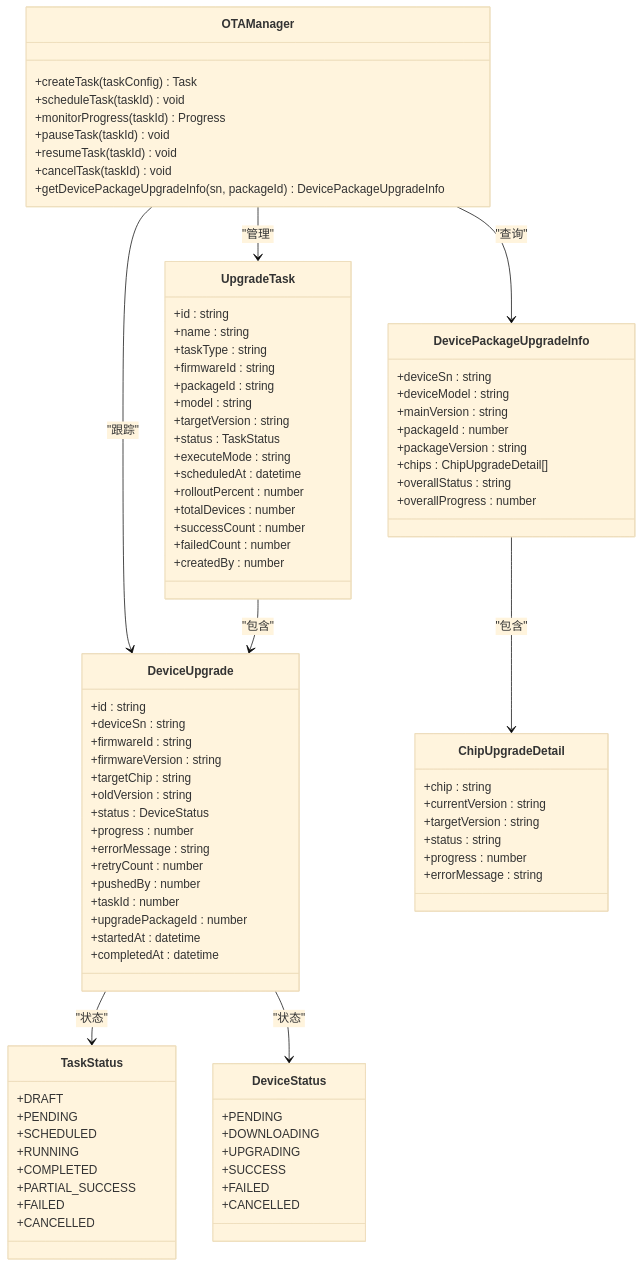
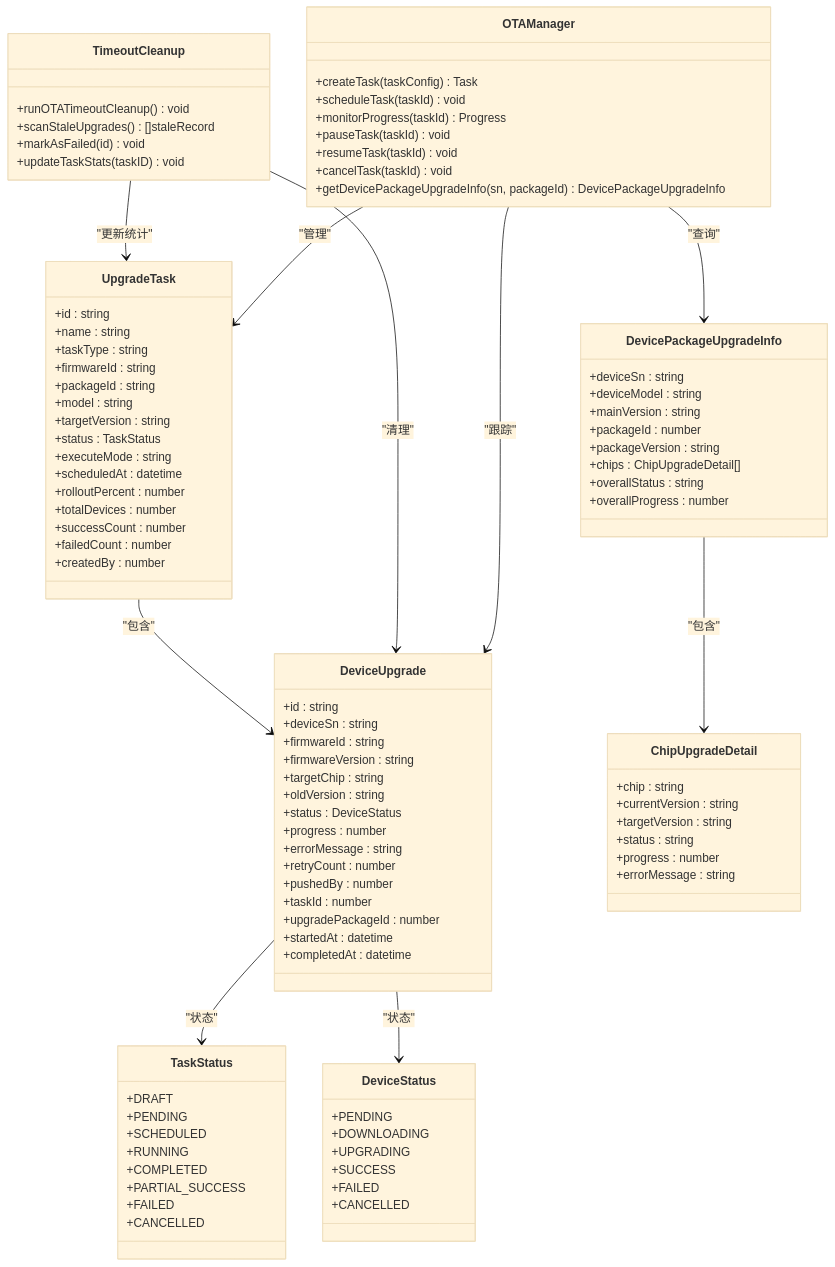
Before and after one commit to mcmrzy/cs_inv_monitor-develop: the second of 22 diagrams in .qoder/repowiki/zh/content/OTA升级系统/OTA任务调度/OTA任务调度.md, drawn with Mermaid (base theme). The commit also changed other lines of this file and 28 other files, not shown here.

```diff
--- a/.qoder/repowiki/zh/content/OTA升级系统/OTA任务调度/OTA任务调度.md
+++ b/.qoder/repowiki/zh/content/OTA升级系统/OTA任务调度/OTA任务调度.md
@@ -108,6 +122,12 @@
 +resumeTask(taskId) void
 +cancelTask(taskId) void
 +getDevicePackageUpgradeInfo(sn, packageId) DevicePackageUpgradeInfo
+}
+class TimeoutCleanup {
++runOTATimeoutCleanup() void
++scanStaleUpgrades() []staleRecord
++markAsFailed(id) void
++updateTaskStats(taskID) void
 }
 class UpgradeTask {
 +id : string
@@ -181,6 +201,8 @@
 }
 OTAManager --> UpgradeTask : "管理"
 OTAManager --> DeviceUpgrade : "跟踪"
+TimeoutCleanup --> DeviceUpgrade : "清理"
+TimeoutCleanup --> UpgradeTask : "更新统计"
 OTAManager --> DevicePackageUpgradeInfo : "查询"
 UpgradeTask --> DeviceUpgrade : "包含"
 DeviceUpgrade --> TaskStatus : "状态"
```
